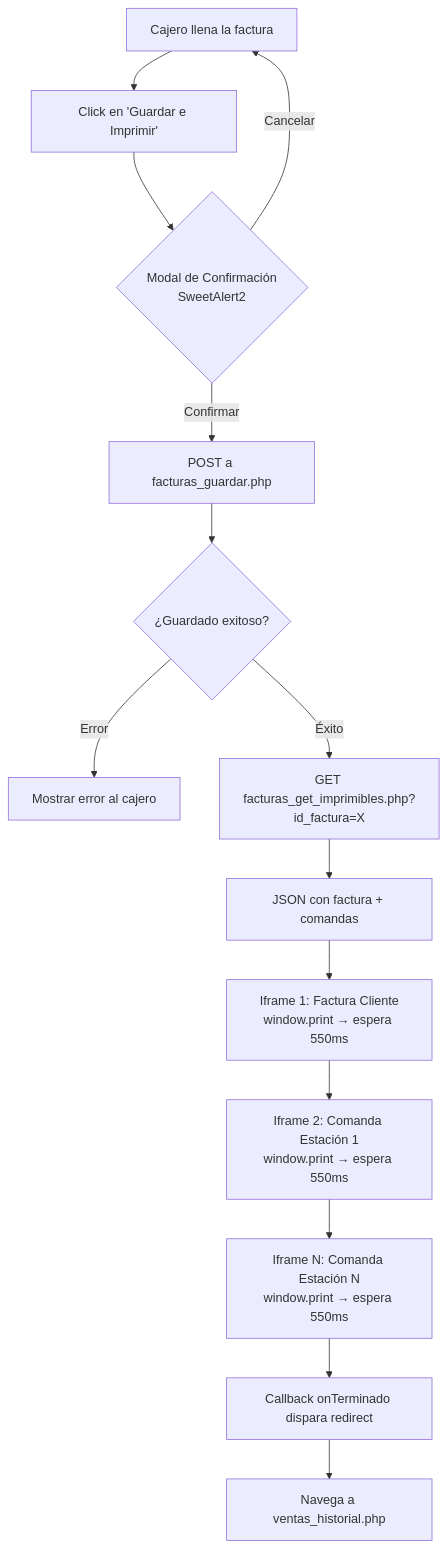
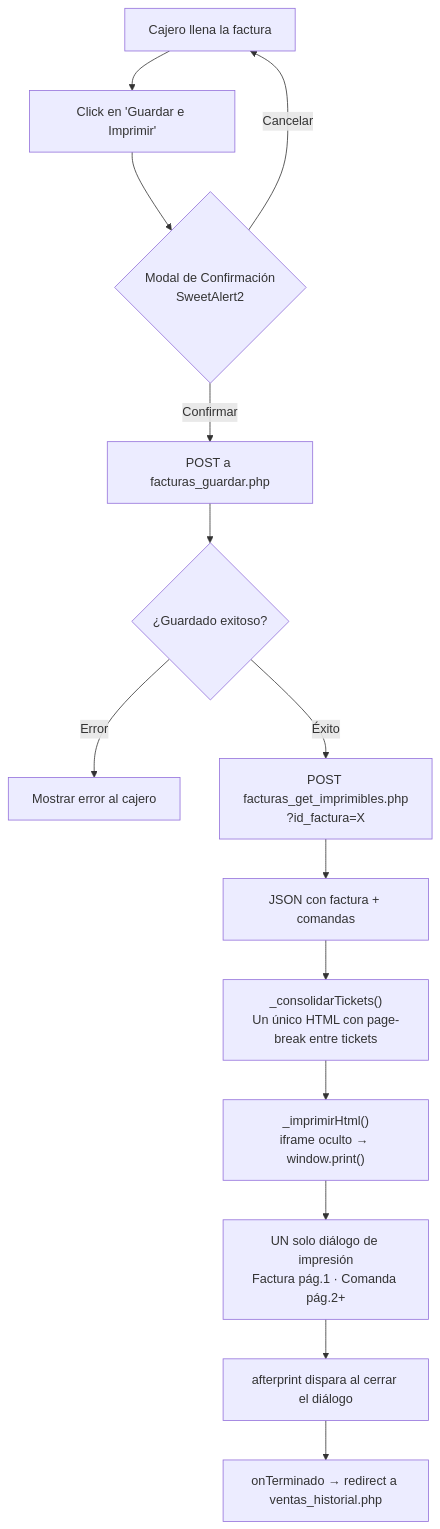
The diagram in modulos/pos/IMPRIMIBLES_LOGICA_Y_CONFIGURACION.md (MiguelGotea/pos.batidospitaya), drawn with Mermaid before and after one commit. The commit also changed other lines of this file, not shown here.

````diff
--- a/modulos/pos/IMPRIMIBLES_LOGICA_Y_CONFIGURACION.md
+++ b/modulos/pos/IMPRIMIBLES_LOGICA_Y_CONFIGURACION.md
@@ -348,16 +349,16 @@
 ```mermaid
 flowchart TD
-    A[Cajero llena la factura] --> B[Click en 'Guardar e Imprimir']
-    B --> C{Modal de Confirmación\nSweetAlert2}
+    A[Cajero llena la factura] --> B["Click en 'Guardar e Imprimir'"]
+    B --> C{"Modal de Confirmación\nSweetAlert2"}
     C -- Cancelar --> A
     C -- Confirmar --> D[POST a facturas_guardar.php]
     D --> E{¿Guardado exitoso?}
     E -- Error --> F[Mostrar error al cajero]
-    E -- Éxito --> G[GET facturas_get_imprimibles.php?id_factura=X]
+    E -- Éxito --> G["POST facturas_get_imprimibles.php\n?id_factura=X"]
     G --> H[JSON con factura + comandas]
-    H --> I[Iframe 1: Factura Cliente\nwindow.print → espera 550ms]
-    I --> J[Iframe 2: Comanda Estación 1\nwindow.print → espera 550ms]
-    J --> K[Iframe N: Comanda Estación N\nwindow.print → espera 550ms]
-    K --> L[Callback onTerminado dispara redirect]
-    L --> M[Navega a ventas_historial.php]
+    H --> I["_consolidarTickets()\nUn único HTML con page-break entre tickets"]
+    I --> J["_imprimirHtml()\niframe oculto → window.print()"]
+    J --> K[UN solo diálogo de impresión\nFactura pág.1 · Comanda pág.2+]
+    K --> L[afterprint dispara al cerrar el diálogo]
+    L --> M[onTerminado → redirect a ventas_historial.php]
 ```
````
